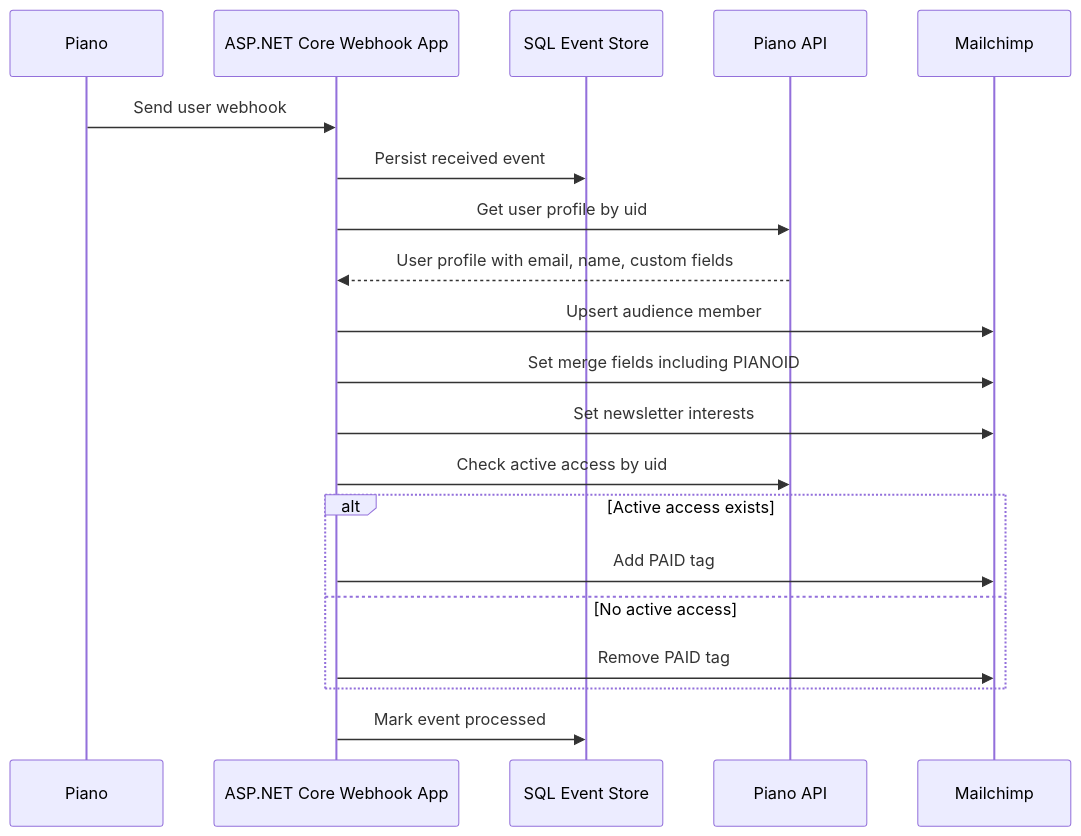
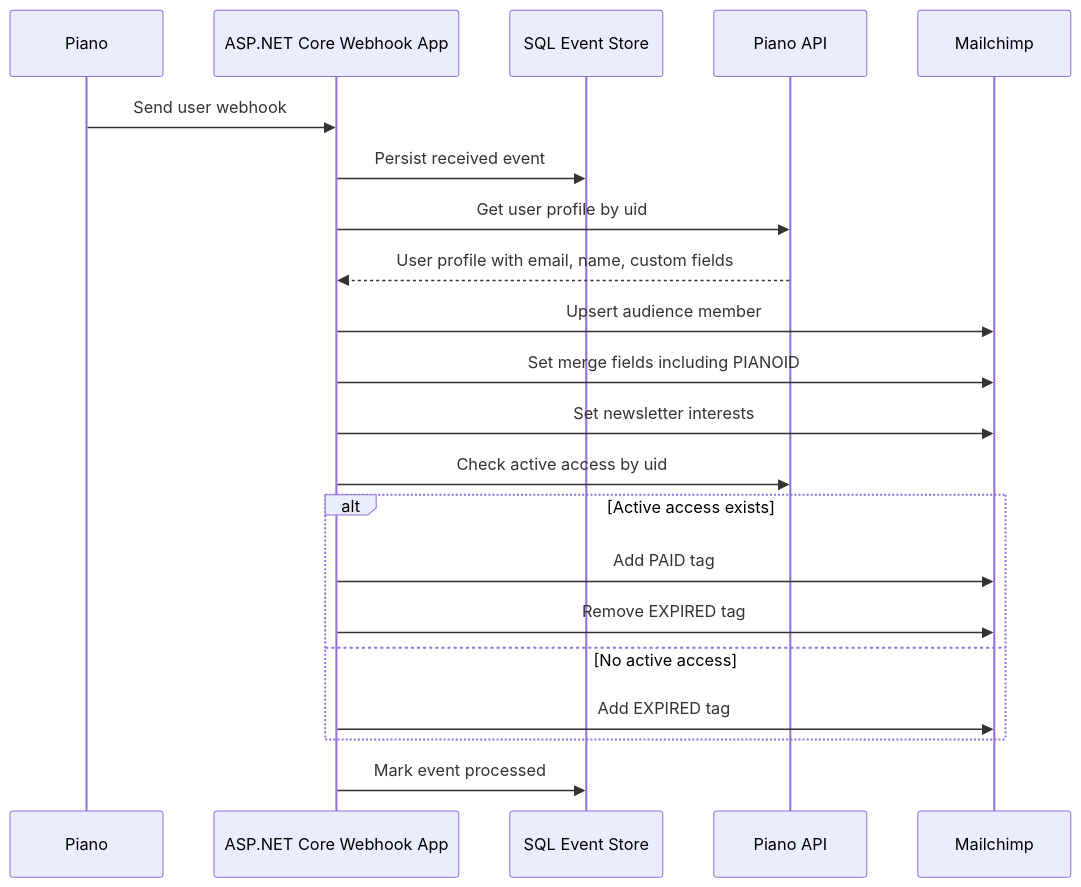
The second of 5 diagrams in ARCHITECTURE.md (Foresight-News/piano-mailchimp-webhook), drawn with Mermaid before and after one commit. The commit also changed other lines of this file and 3 other files, not shown here.

First line of the commit message:
Introduce 'EXPIRED' tag for lapsed Mailchimp paid access

````diff
--- a/ARCHITECTURE.md
+++ b/ARCHITECTURE.md
@@ -26,23 +26,24 @@
 ```mermaid
 sequenceDiagram
     participant Piano
     participant Webhook as ASP.NET Core Webhook App
     participant Store as SQL Event Store
     participant PianoApi as Piano API
     participant Mailchimp
 
     Piano->>Webhook: Send user webhook
     Webhook->>Store: Persist received event
     Webhook->>PianoApi: Get user profile by uid
     PianoApi-->>Webhook: User profile with email, name, custom fields
     Webhook->>Mailchimp: Upsert audience member
     Webhook->>Mailchimp: Set merge fields including PIANOID
     Webhook->>Mailchimp: Set newsletter interests
     Webhook->>PianoApi: Check active access by uid
     alt Active access exists
         Webhook->>Mailchimp: Add PAID tag
+        Webhook->>Mailchimp: Remove EXPIRED tag
     else No active access
-        Webhook->>Mailchimp: Remove PAID tag
+        Webhook->>Mailchimp: Add EXPIRED tag
     end
     Webhook->>Store: Mark event processed
 ```
````
